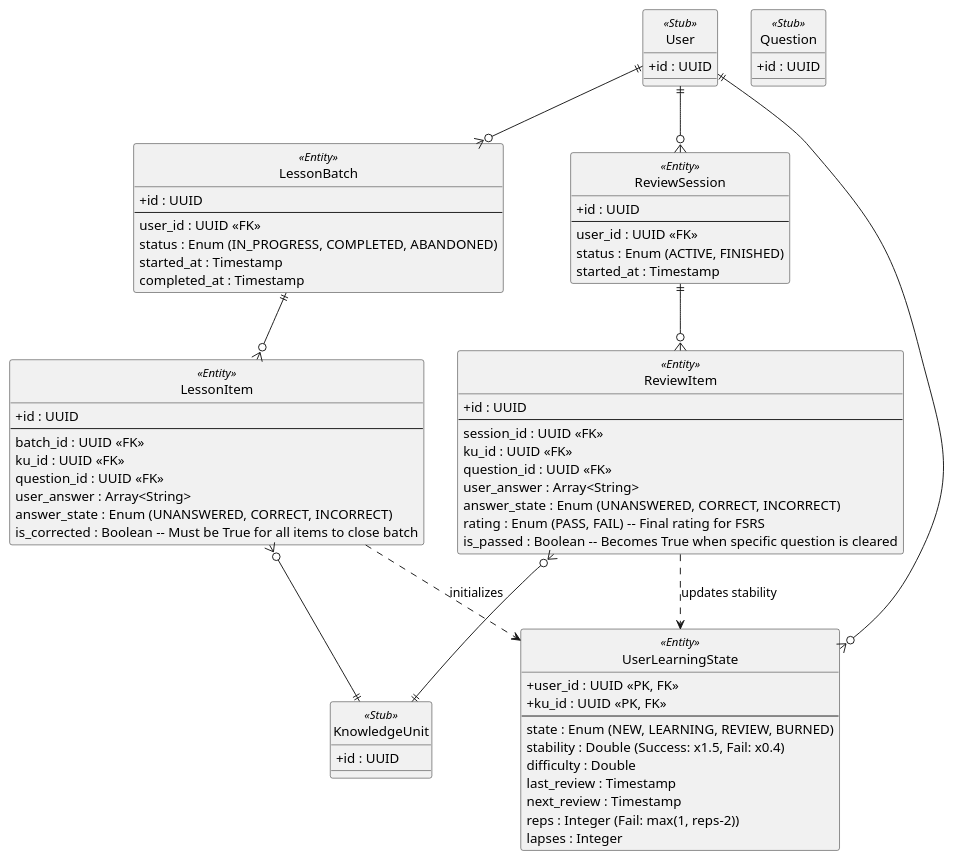
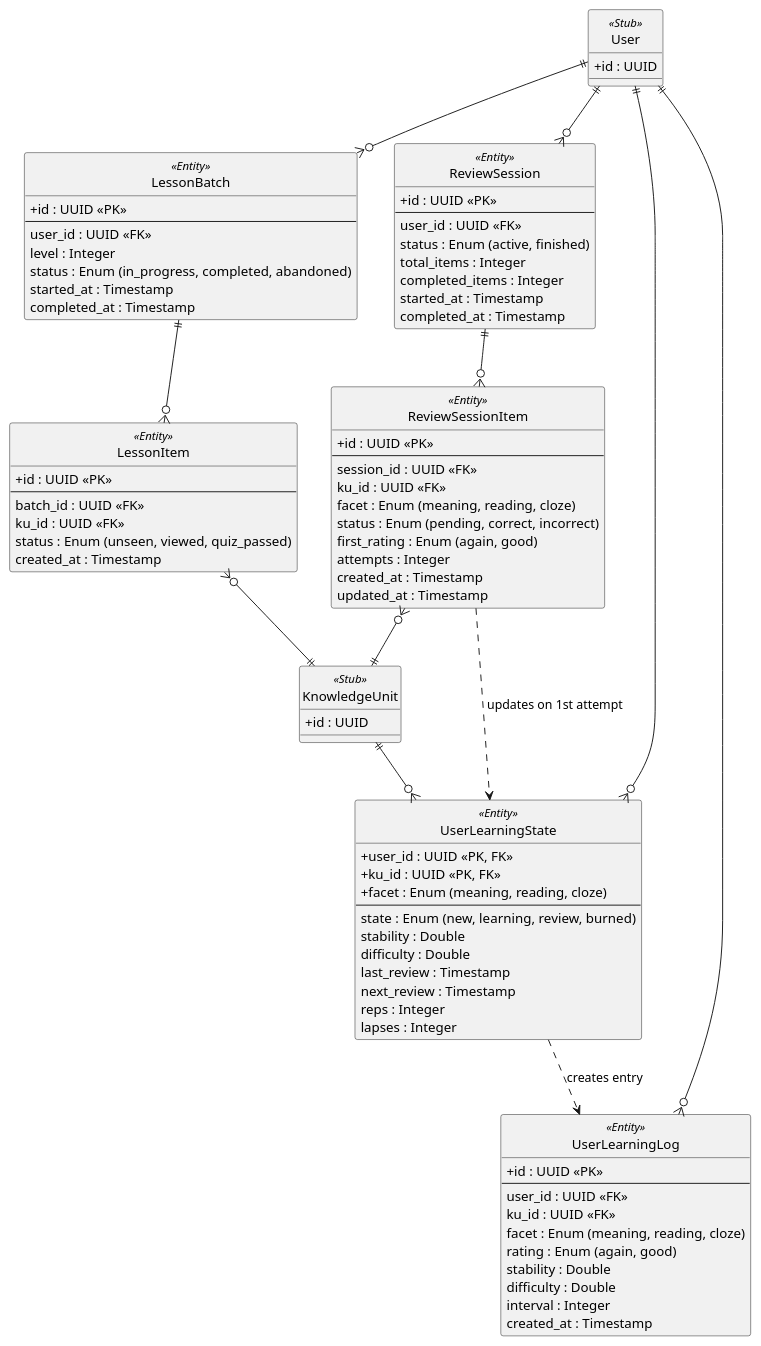
Before and after one commit to anhtranguyen-github/Hanachan: the diagram in docs/er/session-er.md, drawn with PlantUML. The commit also changed other lines of this file and 37 other files, not shown here.

Commit message:
docs: synchronize architecture and business flow documentation with final implementation

````diff
--- a/docs/er/session-er.md
+++ b/docs/er/session-er.md
@@ -15,73 +17,84 @@
 class KnowledgeUnit <<Stub>> {
   + id : UUID
 }
-class Question <<Stub>> {
-  + id : UUID
-}
 
 ' ==========================================
-' LEARNING SESSIONS
+' LEARNING SESSIONS (Discovery)
 ' ==========================================
 class LessonBatch <<Entity>> {
-  + id : UUID
+  + id : UUID <<PK>>
   --
   user_id : UUID <<FK>>
-  status : Enum (IN_PROGRESS, COMPLETED, ABANDONED)
+  level : Integer
+  status : Enum (in_progress, completed, abandoned)
   started_at : Timestamp
   completed_at : Timestamp
 }
 
 class LessonItem <<Entity>> {
-  + id : UUID
+  + id : UUID <<PK>>
   --
   batch_id : UUID <<FK>>
   ku_id : UUID <<FK>>
-  question_id : UUID <<FK>>
-  user_answer : Array<String>
-  answer_state : Enum (UNANSWERED, CORRECT, INCORRECT)
-  is_corrected : Boolean -- Must be True for all items to close batch
+  status : Enum (unseen, viewed, quiz_passed)
+  created_at : Timestamp
 }
 
 ' ==========================================
 ' REVIEW SESSIONS
 ' ==========================================
 class ReviewSession <<Entity>> {
-  + id : UUID
+  + id : UUID <<PK>>
   --
   user_id : UUID <<FK>>
-  status : Enum (ACTIVE, FINISHED)
+  status : Enum (active, finished)
+  total_items : Integer
+  completed_items : Integer
   started_at : Timestamp
+  completed_at : Timestamp
 }
 
-class ReviewItem <<Entity>> {
-  + id : UUID
+class ReviewSessionItem <<Entity>> {
+  + id : UUID <<PK>>
   --
   session_id : UUID <<FK>>
   ku_id : UUID <<FK>>
-  question_id : UUID <<FK>>
-  user_answer : Array<String>
-  answer_state : Enum (UNANSWERED, CORRECT, INCORRECT)
-  rating : Enum (PASS, FAIL) -- Final rating for FSRS
-  is_passed : Boolean -- Becomes True when specific question is cleared
+  facet : Enum (meaning, reading, cloze)
+  status : Enum (pending, correct, incorrect)
+  first_rating : Enum (again, good)
+  attempts : Integer
+  created_at : Timestamp
+  updated_at : Timestamp
 }
 
-' Note: A KnowledgeUnit is only cleared from Review Session 
-' when ALL its linked ReviewItems in that session have is_passed = True.
-
 ' ==========================================
-' LONG-TERM PROGRESS (FSRS STATE)
+' PROGRESS & LOGGING
 ' ==========================================
 class UserLearningState <<Entity>> {
   + user_id : UUID <<PK, FK>>
   + ku_id : UUID <<PK, FK>>
+  + facet : Enum (meaning, reading, cloze)
   --
-  state : Enum (NEW, LEARNING, REVIEW, BURNED)
-  stability : Double (Success: x1.5, Fail: x0.4)
+  state : Enum (new, learning, review, burned)
+  stability : Double
   difficulty : Double
   last_review : Timestamp
   next_review : Timestamp
-  reps : Integer (Fail: max(1, reps-2))
+  reps : Integer
   lapses : Integer
+}
+
+class UserLearningLog <<Entity>> {
+  + id : UUID <<PK>>
+  --
+  user_id : UUID <<FK>>
+  ku_id : UUID <<FK>>
+  facet : Enum (meaning, reading, cloze)
+  rating : Enum (again, good)
+  stability : Double
+  difficulty : Double
+  interval : Integer
+  created_at : Timestamp
 }
 
 ' ==========================================
@@ -90,16 +103,19 @@
 User ||--o{ LessonBatch
 User ||--o{ ReviewSession
 User ||--o{ UserLearningState
+User ||--o{ UserLearningLog
+
+KnowledgeUnit ||--o{ UserLearningState
 
 LessonBatch ||--o{ LessonItem
-ReviewSession ||--o{ ReviewItem
+ReviewSession ||--o{ ReviewSessionItem
 
 LessonItem }o--|| KnowledgeUnit
-ReviewItem }o--|| KnowledgeUnit
+ReviewSessionItem }o--|| KnowledgeUnit
 
-' Data Flow
-LessonItem ..> UserLearningState : "initializes"
-ReviewItem ..> UserLearningState : "updates stability"
+' Logical Data Flow
+ReviewSessionItem ..> UserLearningState : "updates on 1st attempt"
+UserLearningState ..> UserLearningLog : "creates entry"
 
 @enduml
 ```
````
